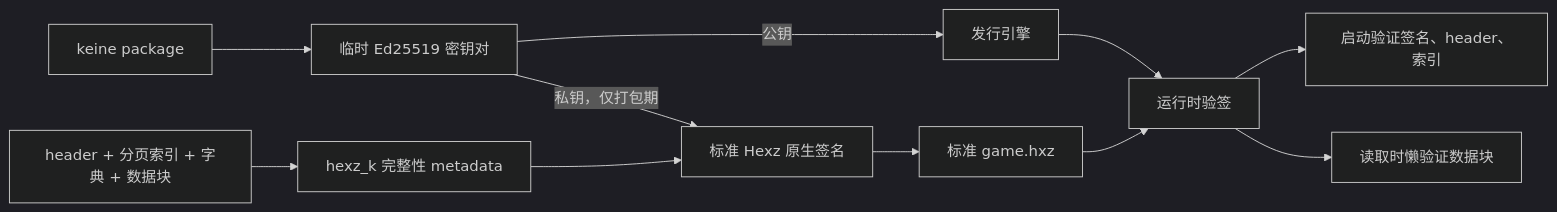
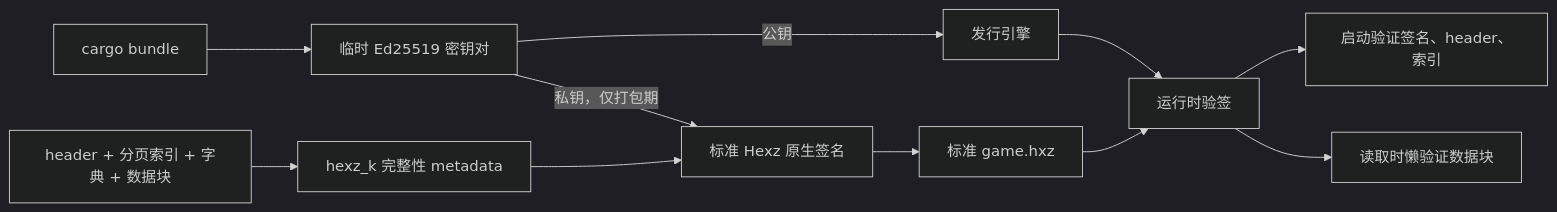
Before and after one commit to maincoretech/keine: the diagram in dev/docs/architecture/06-hexz-packaging.md, drawn with Mermaid (dark theme). The commit also changed other lines of this file and 2 other files, not shown here.

Commit message:
docs: explain the game development and security flow

````diff
--- a/dev/docs/architecture/06-hexz-packaging.md
+++ b/dev/docs/architecture/06-hexz-packaging.md
@@ -46,13 +46,13 @@
 ```mermaid
 flowchart LR
-    P["keine package"] --> K["临时 Ed25519 密钥对"]
+    P["cargo bundle"] --> K["临时 Ed25519 密钥对"]
     K -->|"私钥，仅打包期"| S["标准 Hexz 原生签名"]
     K -->|"公钥"| E["发行引擎"]
     A["header + 分页索引 + 字典 + 数据块"] --> H["hexz_k 完整性 metadata"]
     H --> S
     S --> X["标准 game.hxz"]
     E --> V["运行时验签"]
     X --> V
     V --> I["启动验证签名、header、索引"]
     V --> L["读取时懒验证数据块"]
 ```
````
